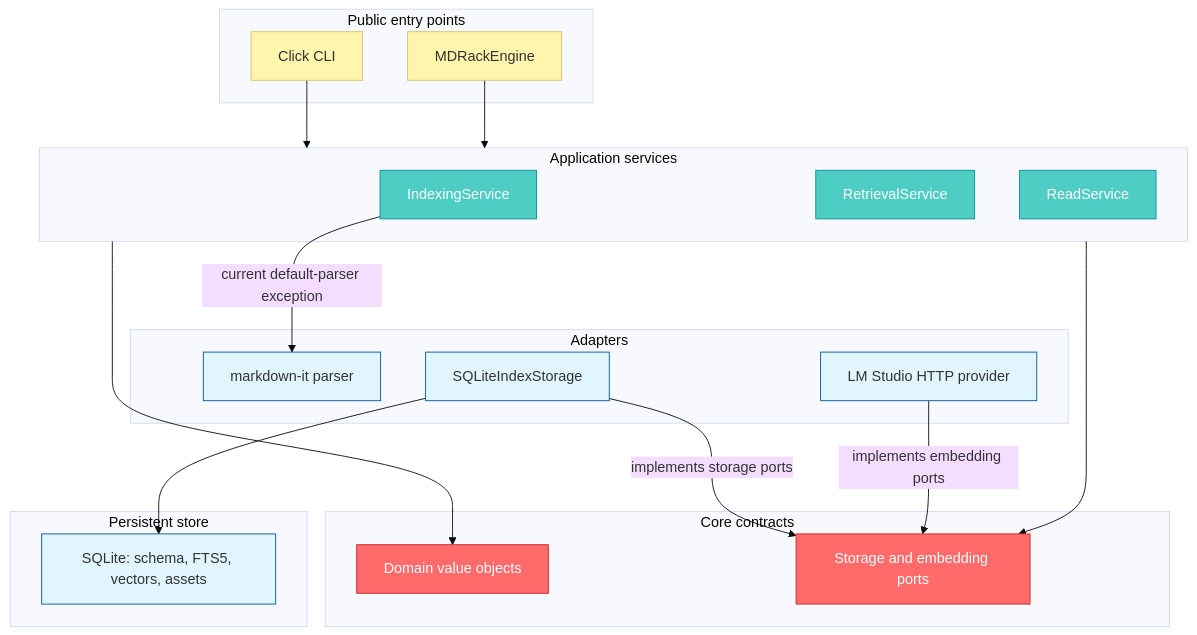
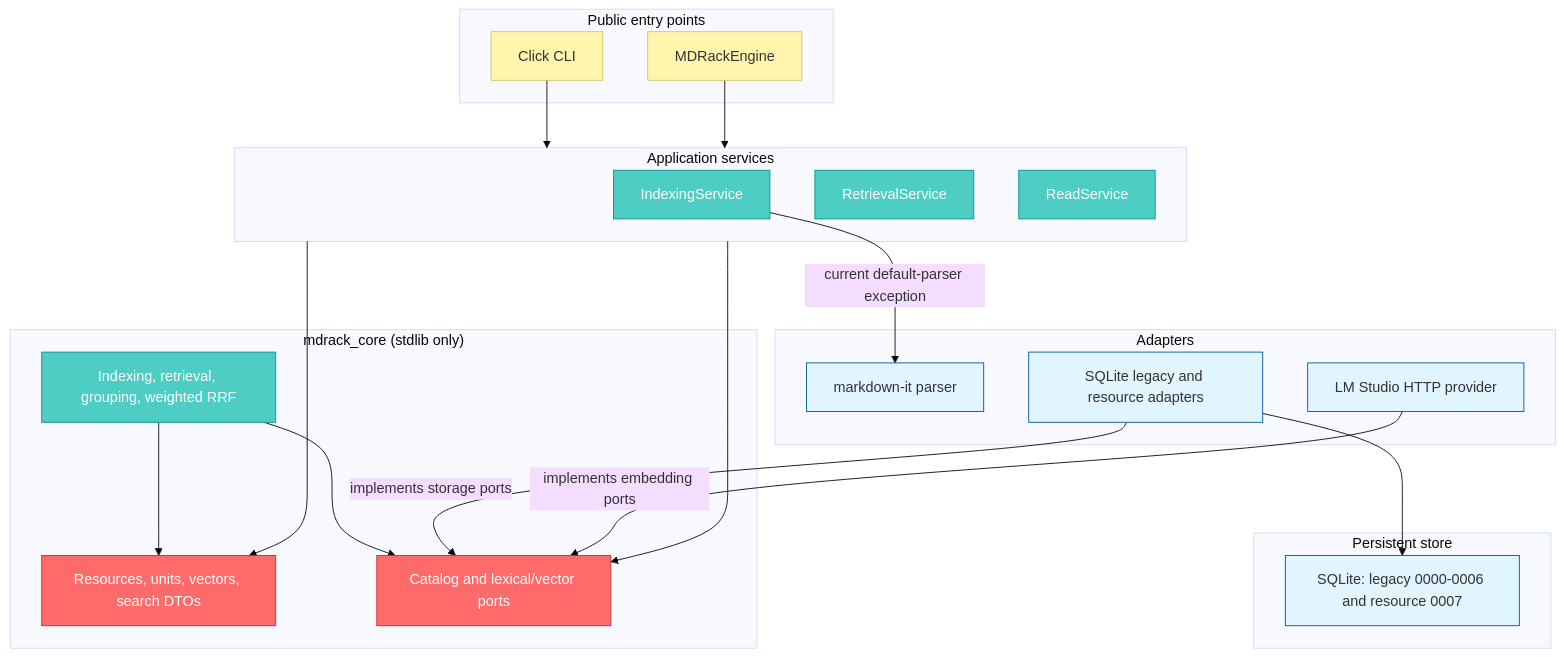
Before and after one commit to VladimirMonin/MDRack: the diagram in docs/current-architecture/system-overview.md, drawn with Mermaid (base theme). The commit also changed other lines of this file and 24 other files, not shown here.

````diff
--- a/docs/current-architecture/system-overview.md
+++ b/docs/current-architecture/system-overview.md
@@ -10,46 +11,49 @@
 ```mermaid
 graph TD
     subgraph Entry ["Public entry points"]
         CLI["Click CLI"]
         Engine["MDRackEngine"]
     end
 
     subgraph App ["Application services"]
         Indexing["IndexingService"]
         Retrieval["RetrievalService"]
         Read["ReadService"]
     end
 
-    subgraph Core ["Core contracts"]
-        Domain["Domain value objects"]
-        Ports["Storage and embedding ports"]
+    subgraph Core ["mdrack_core (stdlib only)"]
+        Domain["Resources, units, vectors, search DTOs"]
+        Ports["Catalog and lexical/vector ports"]
+        CoreServices["Indexing, retrieval, grouping, weighted RRF"]
     end
 
     subgraph Adapters ["Adapters"]
         Markdown["markdown-it parser"]
-        SQLiteAdapter["SQLiteIndexStorage"]
+        SQLiteAdapter["SQLite legacy and resource adapters"]
         LMStudio["LM Studio HTTP provider"]
     end
 
     subgraph Persistence ["Persistent store"]
-        SQLite["SQLite: schema, FTS5, vectors, assets"]
+        SQLite["SQLite: legacy 0000-0006 and resource 0007"]
     end
 
     CLI --> App
     Engine --> App
     App --> Domain
     App --> Ports
+    CoreServices --> Domain
+    CoreServices --> Ports
     Indexing -->|"current default-parser exception"| Markdown
     SQLiteAdapter -->|"implements storage ports"| Ports
     LMStudio -->|"implements embedding ports"| Ports
     SQLiteAdapter --> SQLite
 
     classDef entry fill:#fff5ad,stroke:#d4c46a,color:#333
     classDef service fill:#4ecdc4,stroke:#0a9396,color:#fff
     classDef contract fill:#ff6b6b,stroke:#c92a2a,color:#fff
     classDef adapter fill:#e1f5fe,stroke:#01579b,color:#333
     class CLI,Engine entry
-    class Indexing,Retrieval,Read service
+    class Indexing,Retrieval,Read,CoreServices service
     class Domain,Ports contract
     class Markdown,SQLiteAdapter,LMStudio,SQLite adapter
 ```
````
